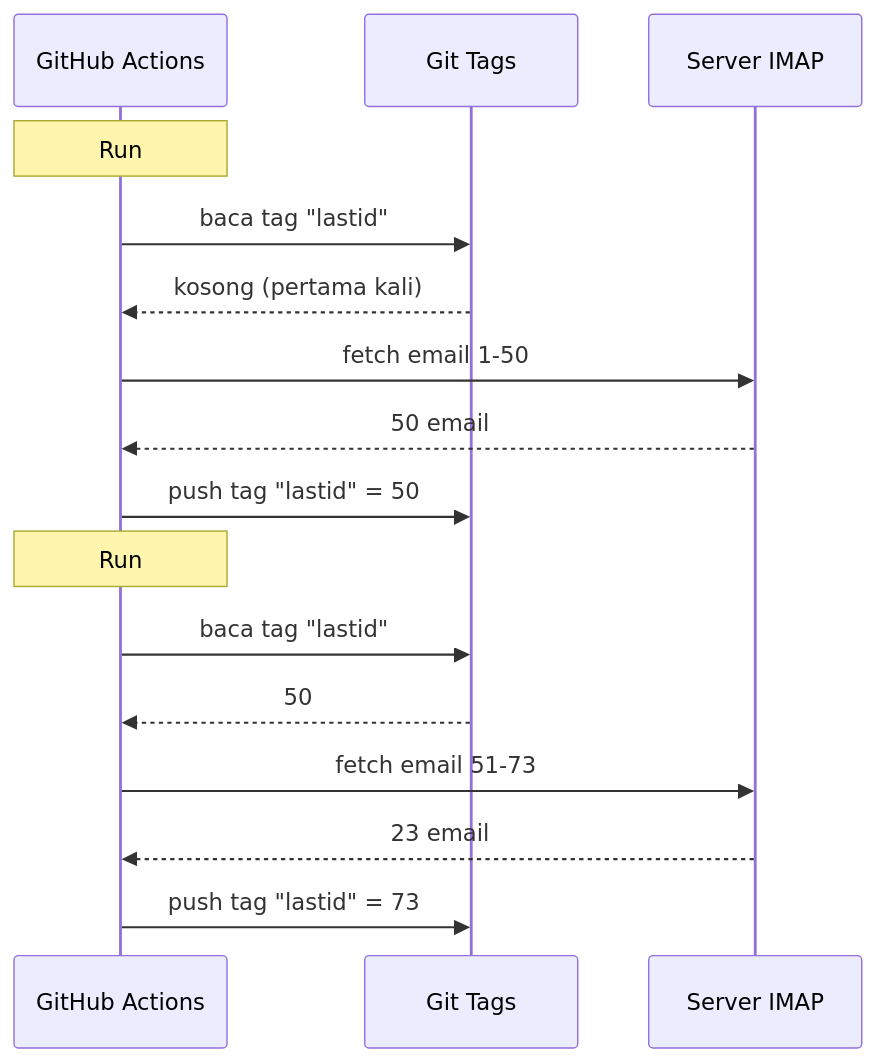
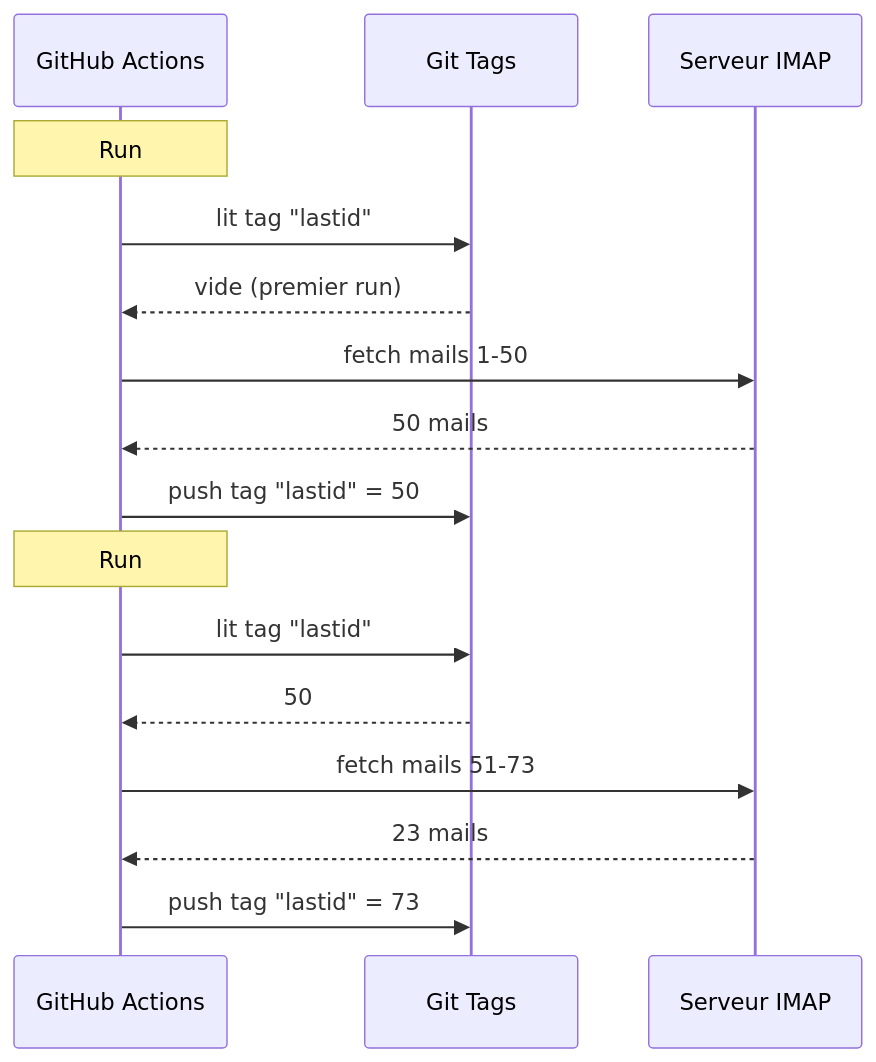
One commit to fox3000foxy/fox3000foxy.github.io changed the diagram in public/articles/id/email-autoreply.md. Above: the diagram before and after it, drawn with Mermaid. The commit also changed other lines of this file and 576 other files, not shown here.

````diff
--- a/public/articles/id/email-autoreply.md
+++ b/public/articles/id/email-autoreply.md
@@ -61,20 +62,20 @@
 ```mermaid
 sequenceDiagram
     participant GH as GitHub Actions
     participant GIT as Git Tags
-    participant IMAP as Server IMAP
-    
+    participant IMAP as Serveur IMAP
+
     Note over GH: Run #1
-    GH->>GIT: baca tag "lastid"
-    GIT-->>GH: kosong (pertama kali)
-    GH->>IMAP: fetch email 1-50
-    IMAP-->>GH: 50 email
+    GH->>GIT: lit tag "lastid"
+    GIT-->>GH: vide (premier run)
+    GH->>IMAP: fetch mails 1-50
+    IMAP-->>GH: 50 mails
     GH->>GIT: push tag "lastid" = 50
-    
+
     Note over GH: Run #2
-    GH->>GIT: baca tag "lastid"
+    GH->>GIT: lit tag "lastid"
     GIT-->>GH: 50
-    GH->>IMAP: fetch email 51-73
-    IMAP-->>GH: 23 email
+    GH->>IMAP: fetch mails 51-73
+    IMAP-->>GH: 23 mails
     GH->>GIT: push tag "lastid" = 73
 ```
````
